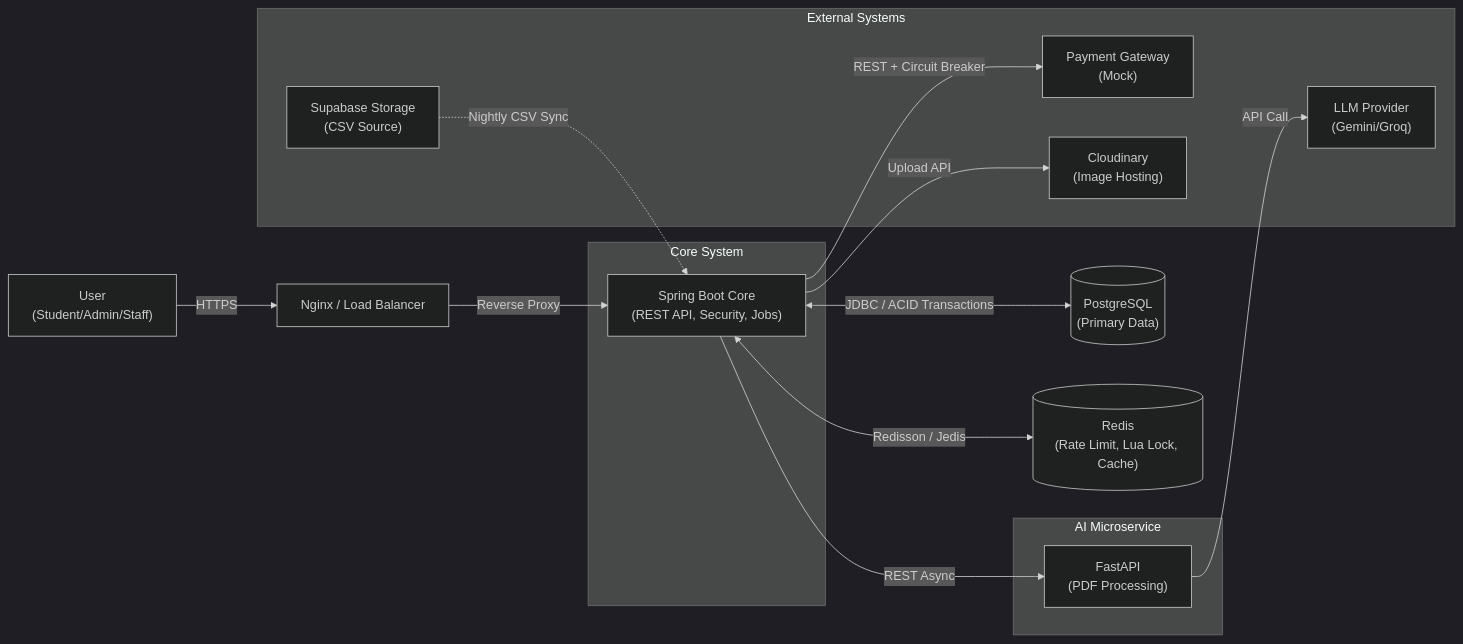
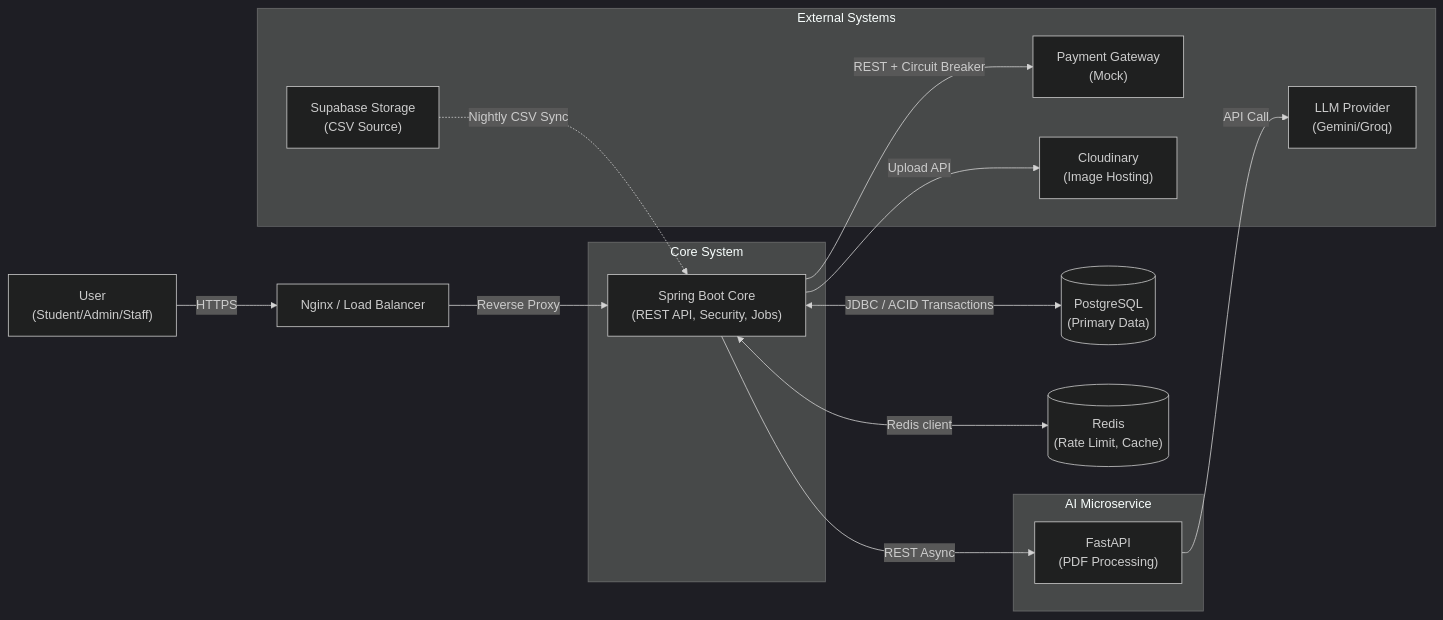
One commit to DuckTonn/UniHub changed the diagram in README.md. Above: the diagram before and after it, drawn with Mermaid (dark theme). The commit also changed other lines of this file and 19 other files, not shown here.

````diff
--- a/README.md
+++ b/README.md
@@ -114,38 +114,38 @@
 ```mermaid
 flowchart LR
 
     User["User<br/>(Student/Admin/Staff)"]
 
     LB["Nginx / Load Balancer"]
 
     subgraph CoreSystem["Core System"]
         Core["Spring Boot Core<br/>(REST API, Security, Jobs)"]
     end
 
     DB[("PostgreSQL<br/>(Primary Data)")]
-    Redis[("Redis<br/>(Rate Limit, Lua Lock, Cache)")]
+    Redis[("Redis<br/>(Rate Limit, Cache)")]
 
     subgraph AIMicroservice["AI Microservice"]
         AI["FastAPI<br/>(PDF Processing)"]
     end
 
     subgraph ExternalSystems["External Systems"]
         Payment["Payment Gateway<br/>(Mock)"]
         LLM["LLM Provider<br/>(Gemini/Groq)"]
         Cloudinary["Cloudinary<br/>(Image Hosting)"]
         Supabase["Supabase Storage<br/>(CSV Source)"]
     end
 
     User -->|HTTPS| LB
     LB -->|Reverse Proxy| Core
 
     Core <--> |JDBC / ACID Transactions| DB
-    Core <--> |Redisson / Jedis| Redis
+    Core <--> |Redis client| Redis
 
     Core -->|REST Async| AI
     AI -->|API Call| LLM
 
     Core -->|REST + Circuit Breaker| Payment
     Core -->|Upload API| Cloudinary
     Supabase -.->|Nightly CSV Sync| Core
 ```
````
